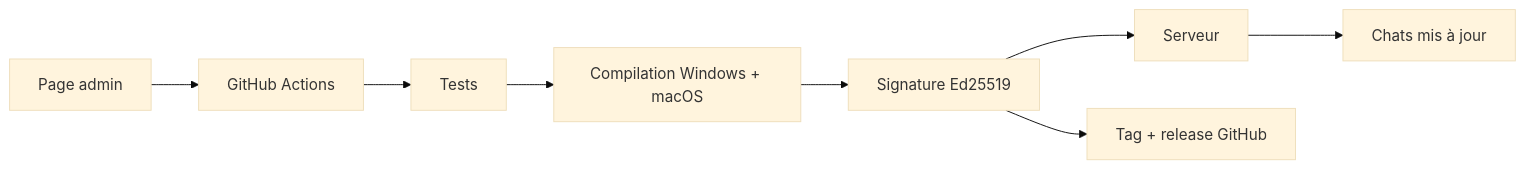
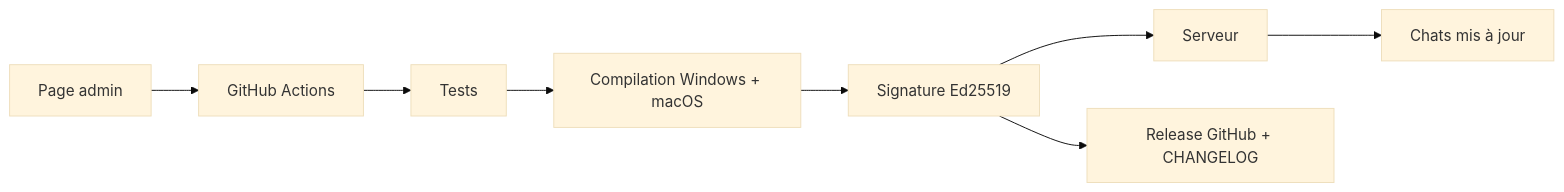
Before and after one commit to Distrib-ps/TamagoChat: the diagram in README.md, drawn with Mermaid (base theme). The commit also changed other lines of this file and 3 other files, not shown here.

First line of the commit message:
ci: CHANGELOG et numéro de version commités par semantic-release (#2)

````diff
--- a/README.md
+++ b/README.md
@@ -155,10 +155,10 @@
 ```mermaid
 flowchart LR
     A[Page admin] --> B[GitHub Actions]
     B --> C[Tests]
     C --> D[Compilation Windows + macOS]
     D --> E[Signature Ed25519]
     E --> F[Serveur]
     F --> G[Chats mis à jour]
-    E --> H[Tag + release GitHub]
+    E --> H[Release GitHub + CHANGELOG]
 ```
````
